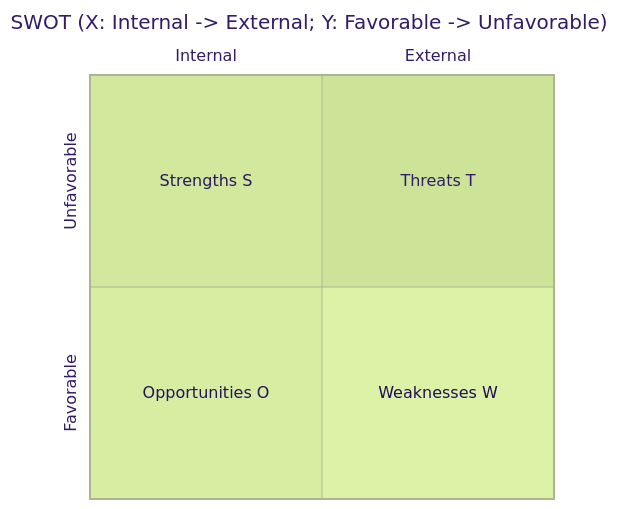
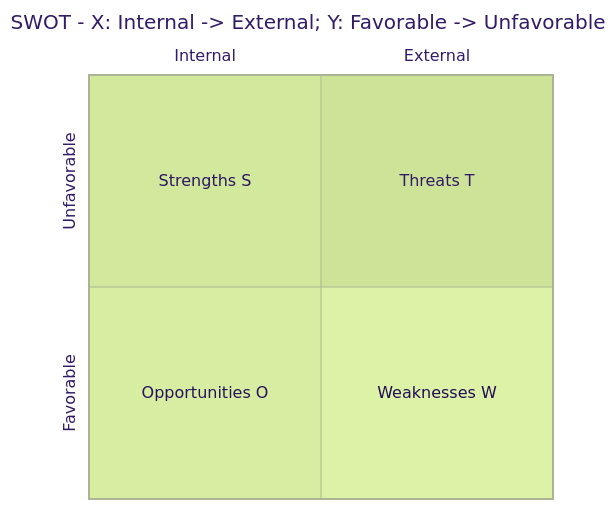
The tenth of 35 diagrams in README.en.md (hoverwr-bit/management-methods), drawn with Mermaid (forest theme) before and after one commit. The commit also changed other lines of this file and 5 other files, not shown here.

````diff
--- a/README.en.md
+++ b/README.en.md
@@ -225,10 +230,10 @@
 ```mermaid
 quadrantChart
-    title SWOT (X: Internal -> External; Y: Favorable -> Unfavorable)
+    title SWOT - X: Internal -> External; Y: Favorable -> Unfavorable
     x-axis Internal --> External
     y-axis Favorable --> Unfavorable
     quadrant-2 Strengths S
     quadrant-1 Threats T
     quadrant-3 Opportunities O
     quadrant-4 Weaknesses W
 ```
````
